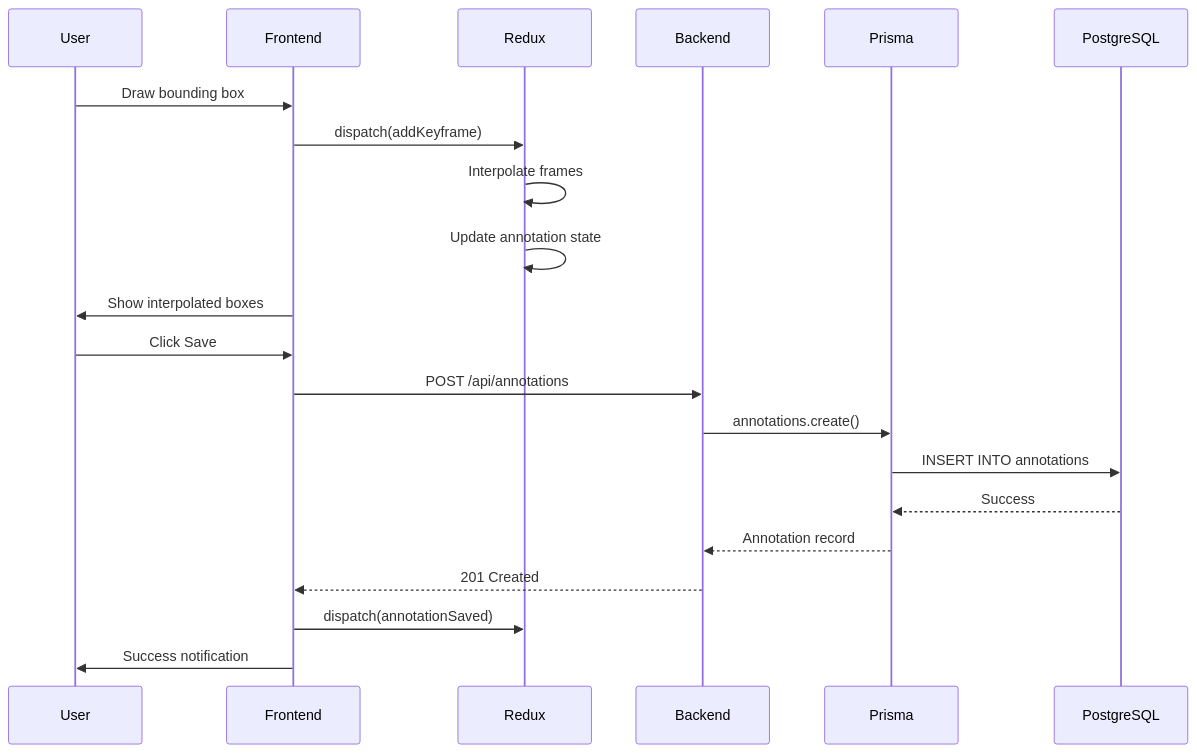
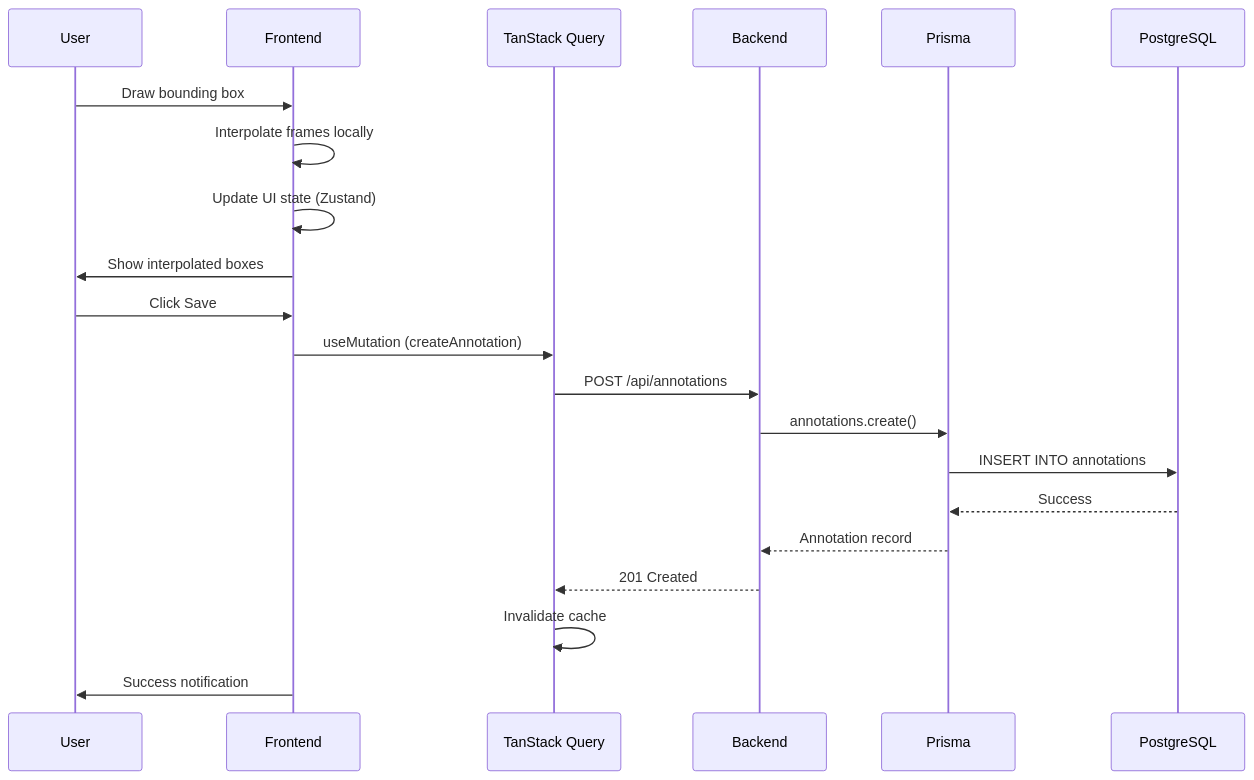
The first of 4 diagrams in docs/docs/concepts/data-flow.md (parafovea/fovea), drawn with Mermaid before and after one commit. The commit also changed other lines of this file and 44 other files, not shown here.

Commit message:
Completes state management migration from Redux to TanStack Query and Zustand

````diff
--- a/docs/docs/concepts/data-flow.md
+++ b/docs/docs/concepts/data-flow.md
@@ -15,25 +15,25 @@
 ```mermaid
 sequenceDiagram
     participant User
     participant Frontend
-    participant Redux
+    participant TanStack as TanStack Query
     participant Backend
     participant Prisma
     participant PostgreSQL
 
     User->>Frontend: Draw bounding box
-    Frontend->>Redux: dispatch(addKeyframe)
-    Redux->>Redux: Interpolate frames
-    Redux->>Redux: Update annotation state
+    Frontend->>Frontend: Interpolate frames locally
+    Frontend->>Frontend: Update UI state (Zustand)
     Frontend->>User: Show interpolated boxes
 
     User->>Frontend: Click Save
-    Frontend->>Backend: POST /api/annotations
+    Frontend->>TanStack: useMutation (createAnnotation)
+    TanStack->>Backend: POST /api/annotations
     Backend->>Prisma: annotations.create()
     Prisma->>PostgreSQL: INSERT INTO annotations
     PostgreSQL-->>Prisma: Success
     Prisma-->>Backend: Annotation record
-    Backend-->>Frontend: 201 Created
-    Frontend->>Redux: dispatch(annotationSaved)
+    Backend-->>TanStack: 201 Created
+    TanStack->>TanStack: Invalidate cache
     Frontend->>User: Success notification
 ```
````
